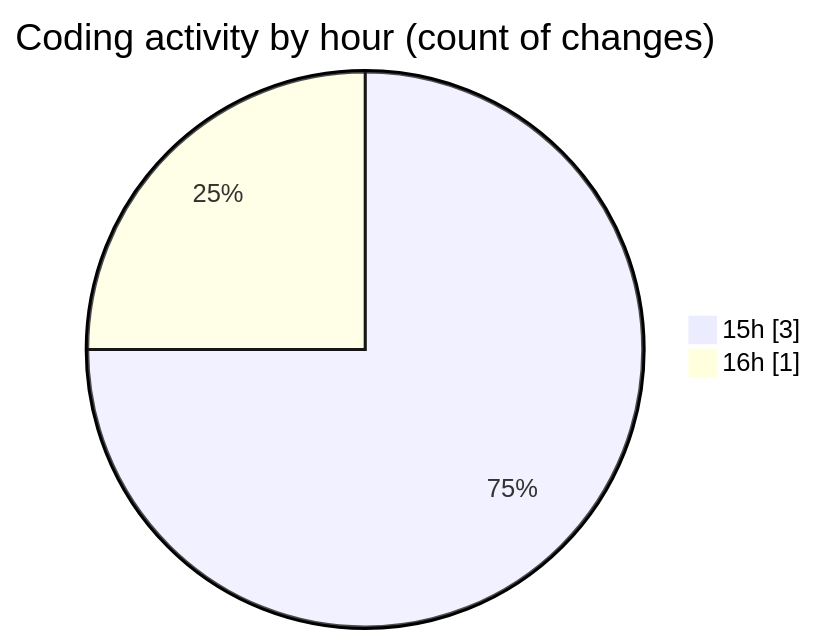
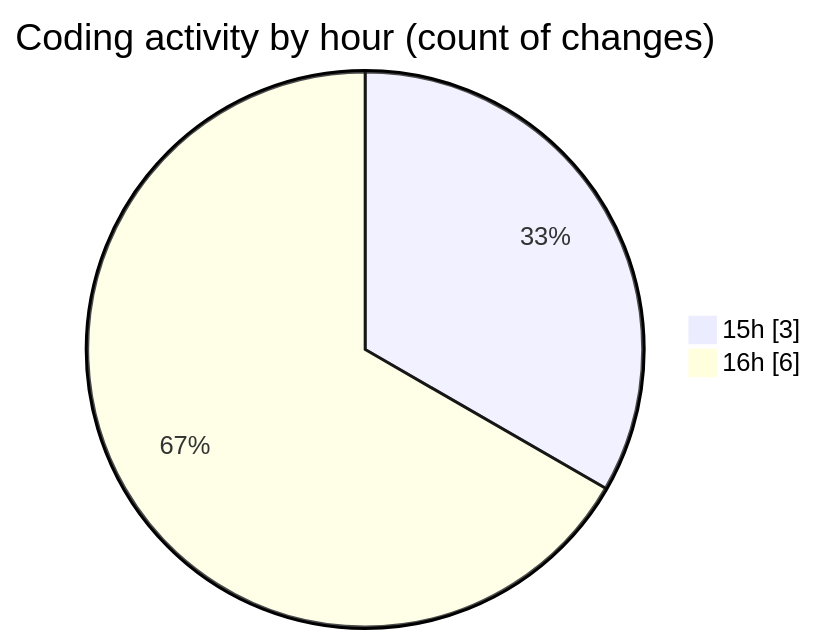
One commit to debugP/code-tracking changed the second of 2 diagrams in 2026-08-06/untitled__workspace_/README.md. Above: the diagram before and after it, drawn with Mermaid. The commit also changed other lines of this file and 1 other file, not shown here.

````diff
--- a/2026-08-06/untitled__workspace_/README.md
+++ b/2026-08-06/untitled__workspace_/README.md
@@ -28,6 +30,6 @@
 ```mermaid
 pie showData
 title Coding activity by hour (count of changes)
 "15h" : 3
-"16h" : 1
+"16h" : 6
 ```
````
